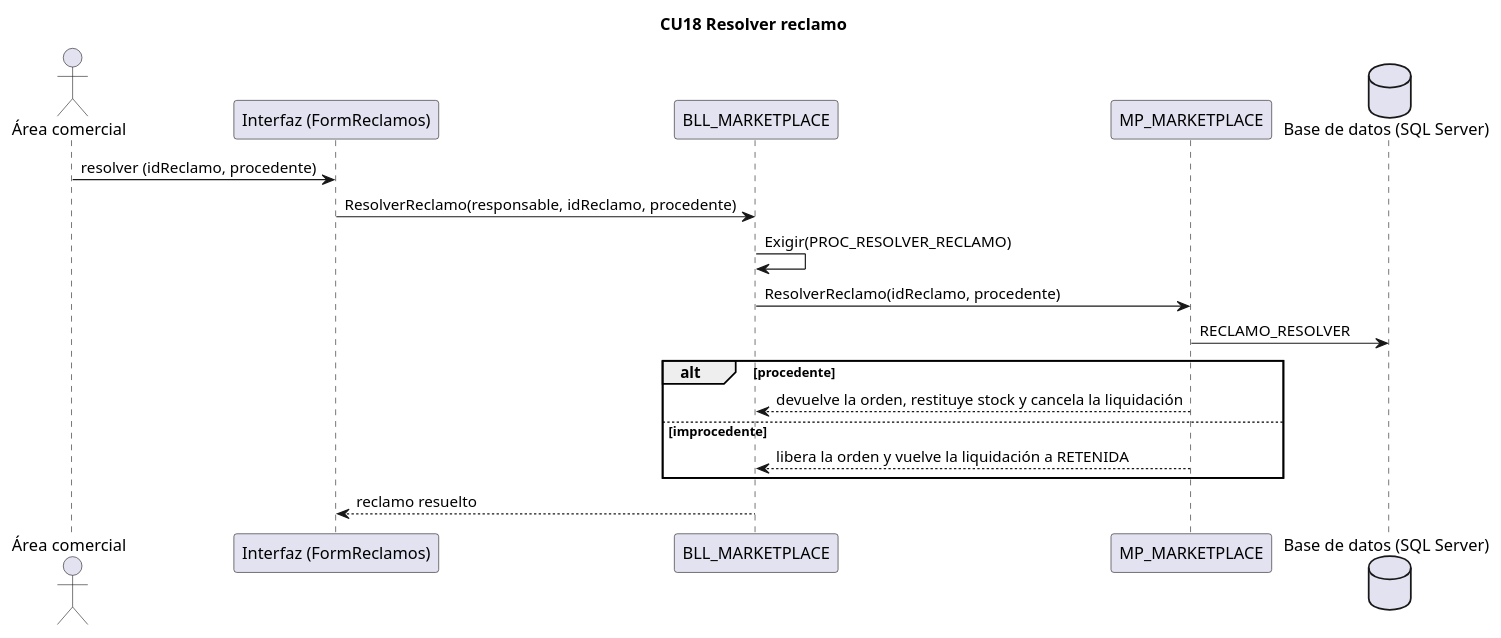
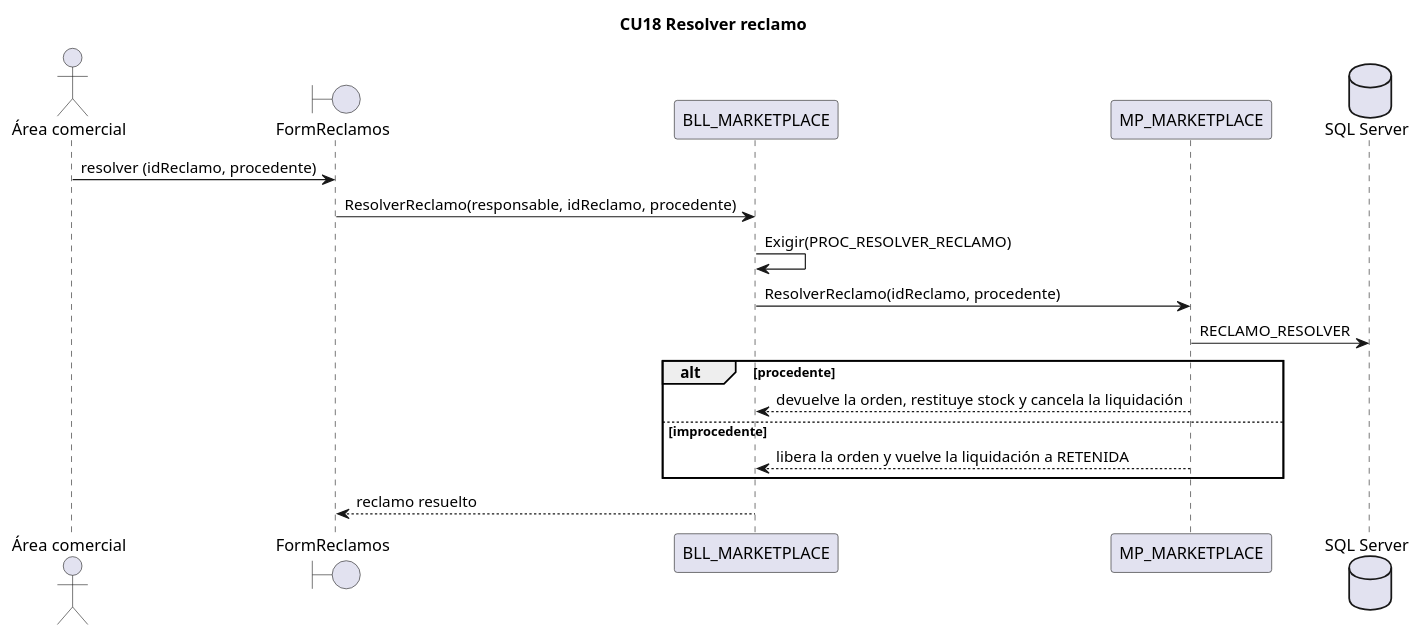
Before and after one commit to L-Muniz/uai-diploma_2026: the diagram in docs/diagramas/secuencias/CU18_resolver_reclamo.puml, drawn with PlantUML. The commit also changed 36 other files, not shown here.

Commit message:
Docs: secuencias con símbolos de interfaz (boundary) y base de datos (database) de PlantUML

```diff
--- a/docs/diagramas/secuencias/CU18_resolver_reclamo.puml
+++ b/docs/diagramas/secuencias/CU18_resolver_reclamo.puml
@@ -1,19 +1,19 @@
 @startuml CU18
 title CU18 Resolver reclamo
 actor "Área comercial" as Area
-participant "Interfaz (FormReclamos)" as IU
+boundary "FormReclamos" as IU
 participant "BLL_MARKETPLACE" as BLL
 participant "MP_MARKETPLACE" as DAL
-database "Base de datos (SQL Server)" as BD
+database "SQL Server" as BD
 Area -> IU : resolver (idReclamo, procedente)
 IU -> BLL : ResolverReclamo(responsable, idReclamo, procedente)
 BLL -> BLL : Exigir(PROC_RESOLVER_RECLAMO)
 BLL -> DAL : ResolverReclamo(idReclamo, procedente)
 DAL -> BD : RECLAMO_RESOLVER
 alt procedente
   DAL --> BLL : devuelve la orden, restituye stock y cancela la liquidación
 else improcedente
   DAL --> BLL : libera la orden y vuelve la liquidación a RETENIDA
 end
 BLL --> IU : reclamo resuelto
 @enduml
```
